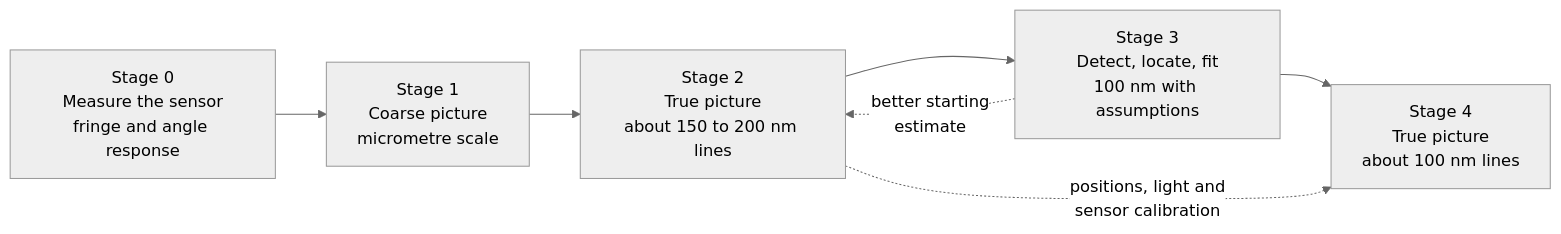
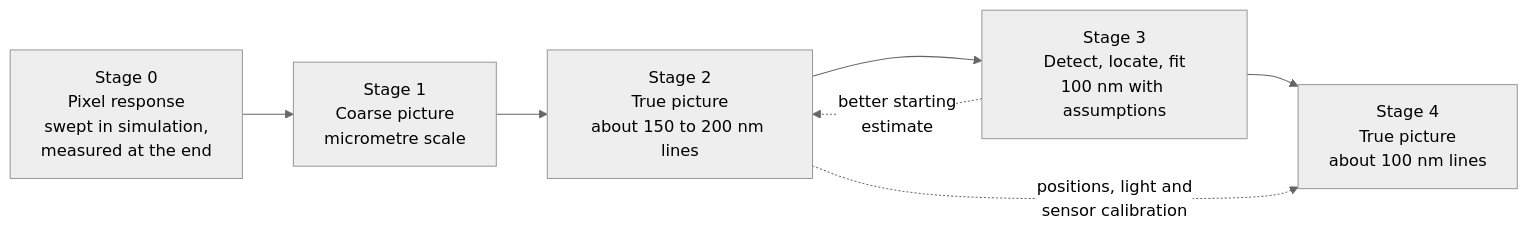
Before and after one commit to mithro/ccd-superres: the first of 2 diagrams in docs/optical-elements.md, drawn with Mermaid (neutral theme). The commit also changed other lines of this file, not shown here.

````diff
--- a/docs/optical-elements.md
+++ b/docs/optical-elements.md
@@ -878,9 +910,9 @@
 ```mermaid
 flowchart LR
-    S0["Stage 0<br/>Measure the sensor<br/>fringe and angle response"] --> S1["Stage 1<br/>Coarse picture<br/>micrometre scale"]
+    S0["Stage 0<br/>Pixel response<br/>swept in simulation,<br/>measured at the end"] --> S1["Stage 1<br/>Coarse picture<br/>micrometre scale"]
     S1 --> S2["Stage 2<br/>True picture<br/>about 150 to 200 nm lines"]
     S2 --> S3["Stage 3<br/>Detect, locate, fit<br/>100 nm with assumptions"]
     S3 --> S4["Stage 4<br/>True picture<br/>about 100 nm lines"]
     S3 -. "better starting<br/>estimate" .-> S2
     S2 -. "positions, light and<br/>sensor calibration" .-> S4
 ```
````
